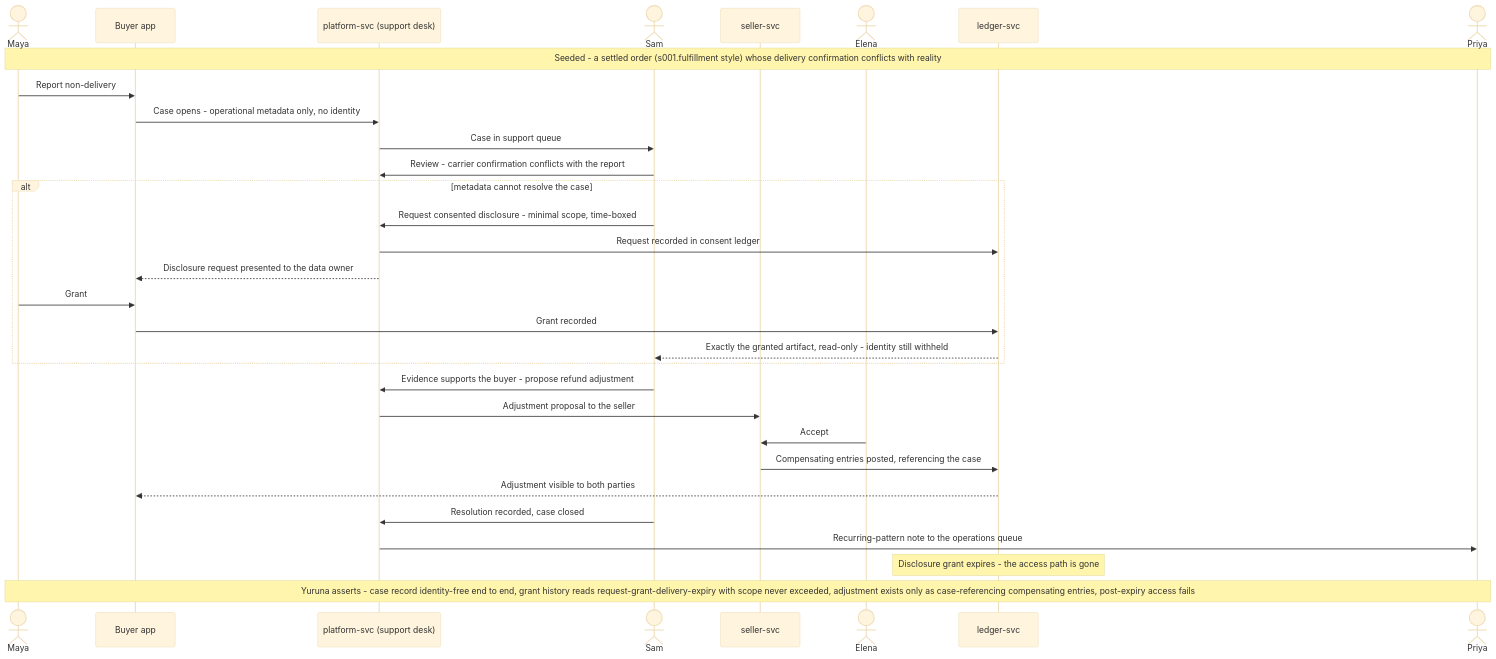
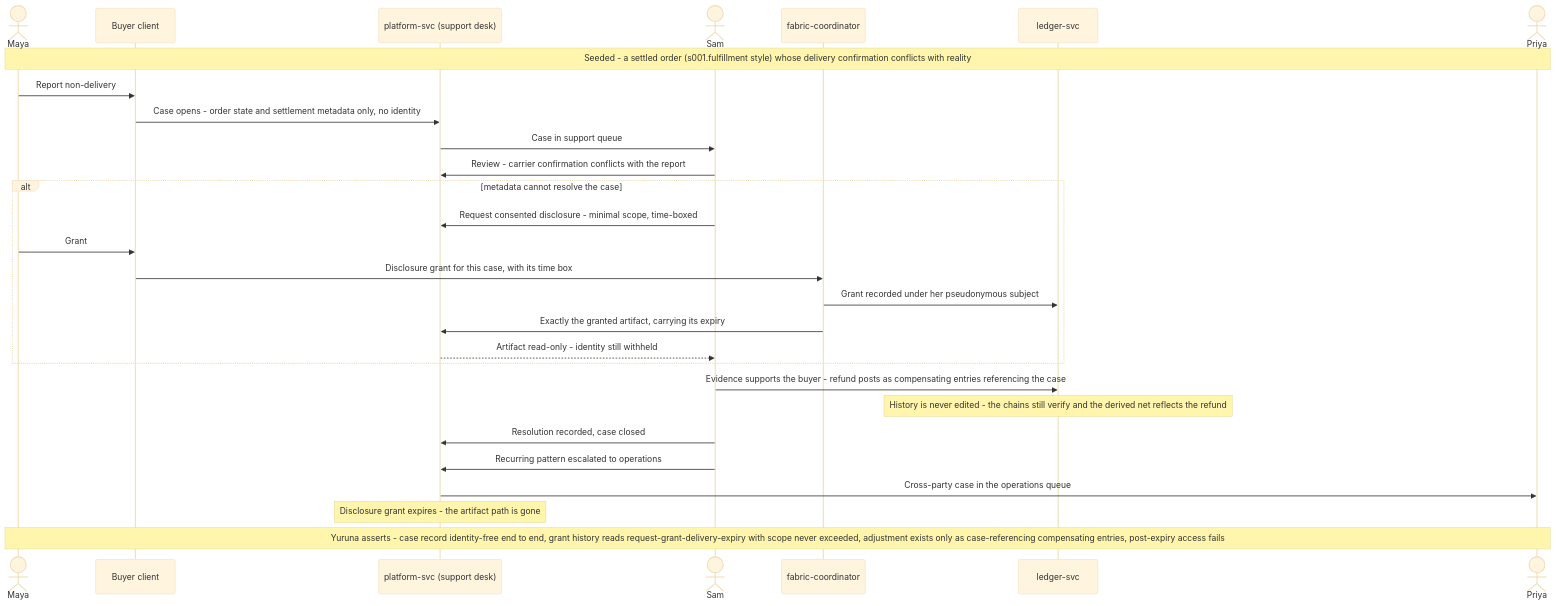
The diagram in plan/design/seq.s008.mediation.md (alius-git/amisad.dev), drawn with Mermaid (base theme) before and after one commit. The commit also changed 19 other files, not shown here.

````diff
--- a/plan/design/seq.s008.mediation.md
+++ b/plan/design/seq.s008.mediation.md
@@ -7,34 +7,31 @@
 ```mermaid
 sequenceDiagram
     actor Maya
-    participant BuyerApp as Buyer app
+    participant BuyerApp as Buyer client
     participant PlatformSvc as platform-svc (support desk)
     actor Sam
-    participant SellerSvc as seller-svc
-    actor Elena
+    participant Coordinator as fabric-coordinator
     participant LedgerSvc as ledger-svc
     actor Priya
 
     Note over Maya,Priya: Seeded - a settled order (s001.fulfillment style) whose delivery confirmation conflicts with reality
     Maya->>BuyerApp: Report non-delivery
-    BuyerApp->>PlatformSvc: Case opens - operational metadata only, no identity
+    BuyerApp->>PlatformSvc: Case opens - order state and settlement metadata only, no identity
     PlatformSvc->>Sam: Case in support queue
     Sam->>PlatformSvc: Review - carrier confirmation conflicts with the report
     alt metadata cannot resolve the case
         Sam->>PlatformSvc: Request consented disclosure - minimal scope, time-boxed
-        PlatformSvc->>LedgerSvc: Request recorded in consent ledger
-        PlatformSvc-->>BuyerApp: Disclosure request presented to the data owner
         Maya->>BuyerApp: Grant
-        BuyerApp->>LedgerSvc: Grant recorded
-        LedgerSvc-->>Sam: Exactly the granted artifact, read-only - identity still withheld
+        BuyerApp->>Coordinator: Disclosure grant for this case, with its time box
+        Coordinator->>LedgerSvc: Grant recorded under her pseudonymous subject
+        Coordinator->>PlatformSvc: Exactly the granted artifact, carrying its expiry
+        PlatformSvc-->>Sam: Artifact read-only - identity still withheld
     end
-    Sam->>PlatformSvc: Evidence supports the buyer - propose refund adjustment
-    PlatformSvc->>SellerSvc: Adjustment proposal to the seller
-    Elena->>SellerSvc: Accept
-    SellerSvc->>LedgerSvc: Compensating entries posted, referencing the case
-    LedgerSvc-->>BuyerApp: Adjustment visible to both parties
+    Sam->>LedgerSvc: Evidence supports the buyer - refund posts as compensating entries referencing the case
+    Note over LedgerSvc: History is never edited - the chains still verify and the derived net reflects the refund
     Sam->>PlatformSvc: Resolution recorded, case closed
-    PlatformSvc->>Priya: Recurring-pattern note to the operations queue
-    Note over LedgerSvc: Disclosure grant expires - the access path is gone
+    Sam->>PlatformSvc: Recurring pattern escalated to operations
+    PlatformSvc->>Priya: Cross-party case in the operations queue
+    Note over PlatformSvc: Disclosure grant expires - the artifact path is gone
     Note over Maya,Priya: Yuruna asserts - case record identity-free end to end, grant history reads request-grant-delivery-expiry with scope never exceeded, adjustment exists only as case-referencing compensating entries, post-expiry access fails
 ```
````
